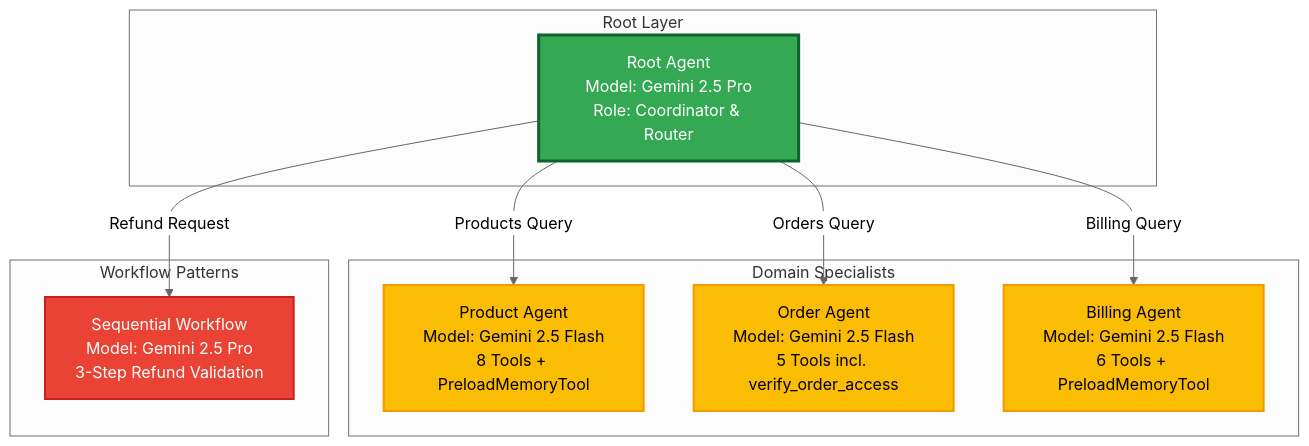
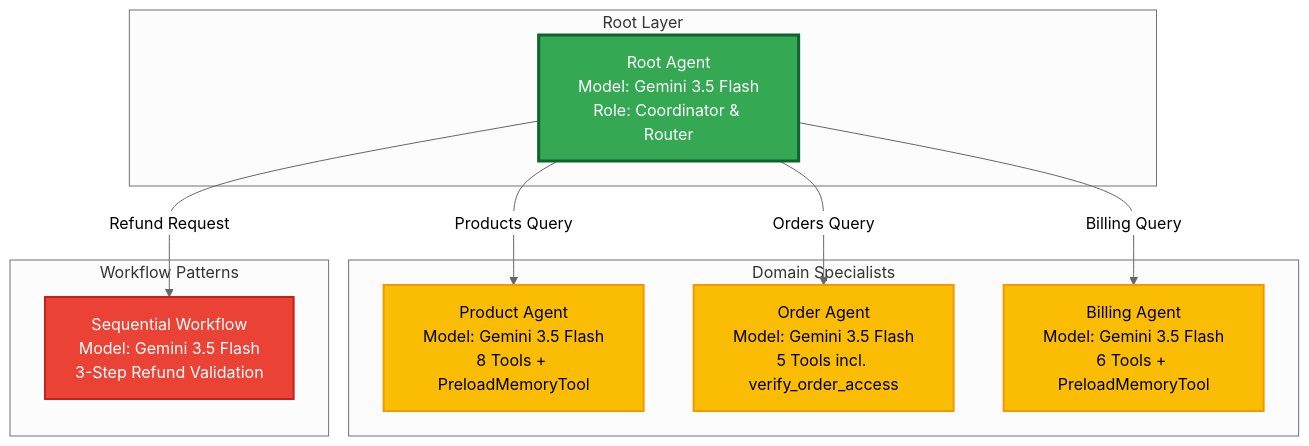
One commit to Saoussen-CH/adk-multiagent-production-template changed the second of 6 diagrams in docs/ARCHITECTURE.md. Above: the diagram before and after it, drawn with Mermaid (neutral theme). The commit also changed other lines of this file and 10 other files, not shown here.

First line of the commit message:
docs: update stale Gemini 2.5 Pro/Flash references to 3.5 Flash

````diff
--- a/docs/ARCHITECTURE.md
+++ b/docs/ARCHITECTURE.md
@@ -149,27 +149,27 @@
 ```mermaid
 graph TD
     subgraph "Root Layer"
-        Root[Root Agent<br/>Model: Gemini 2.5 Pro<br/>Role: Coordinator & Router]
+        Root[Root Agent<br/>Model: Gemini 3.5 Flash<br/>Role: Coordinator & Router]
     end
 
     subgraph "Domain Specialists"
-        Product[Product Agent<br/>Model: Gemini 2.5 Flash<br/>8 Tools + PreloadMemoryTool]
-        Order[Order Agent<br/>Model: Gemini 2.5 Flash<br/>5 Tools incl. verify_order_access]
-        Billing[Billing Agent<br/>Model: Gemini 2.5 Flash<br/>6 Tools + PreloadMemoryTool]
+        Product[Product Agent<br/>Model: Gemini 3.5 Flash<br/>8 Tools + PreloadMemoryTool]
+        Order[Order Agent<br/>Model: Gemini 3.5 Flash<br/>5 Tools incl. verify_order_access]
+        Billing[Billing Agent<br/>Model: Gemini 3.5 Flash<br/>6 Tools + PreloadMemoryTool]
     end
 
     subgraph "Workflow Patterns"
-        Sequential[Sequential Workflow<br/>Model: Gemini 2.5 Pro<br/>3-Step Refund Validation]
+        Sequential[Sequential Workflow<br/>Model: Gemini 3.5 Flash<br/>3-Step Refund Validation]
     end
 
     Root -->|Products Query| Product
     Root -->|Orders Query| Order
     Root -->|Billing Query| Billing
     Root -->|Refund Request| Sequential
 
     style Root fill:#34A853,stroke:#0D652D,color:#fff,stroke-width:3px
     style Product fill:#FBBC04,stroke:#F29900,color:#000,stroke-width:2px
     style Order fill:#FBBC04,stroke:#F29900,color:#000,stroke-width:2px
     style Billing fill:#FBBC04,stroke:#F29900,color:#000,stroke-width:2px
     style Sequential fill:#EA4335,stroke:#C5221F,color:#fff,stroke-width:2px
 ```
````
